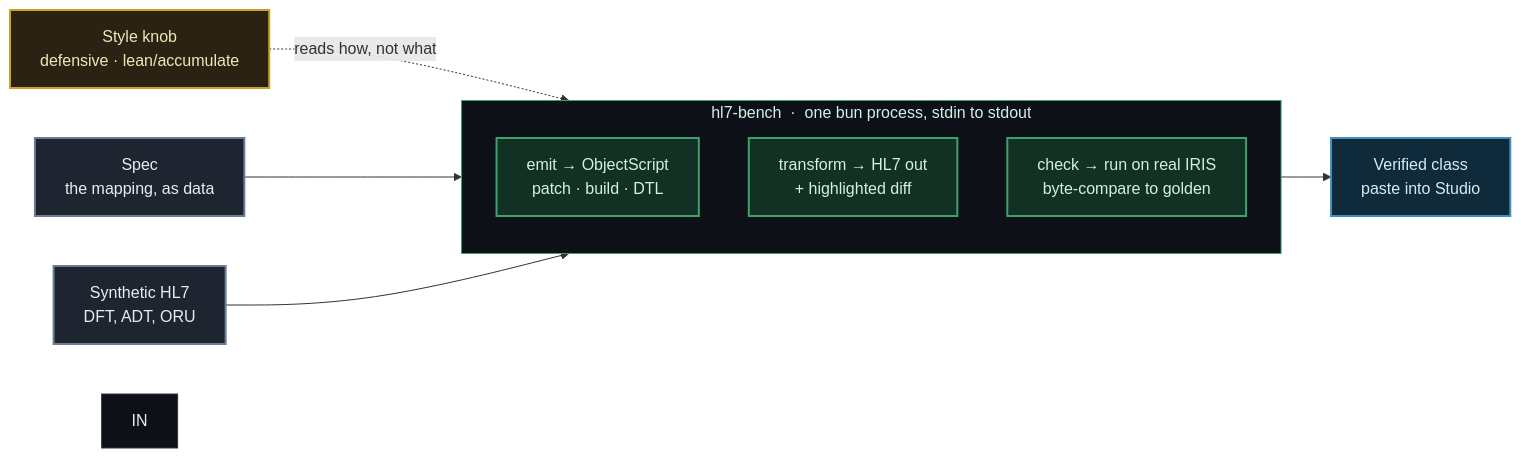
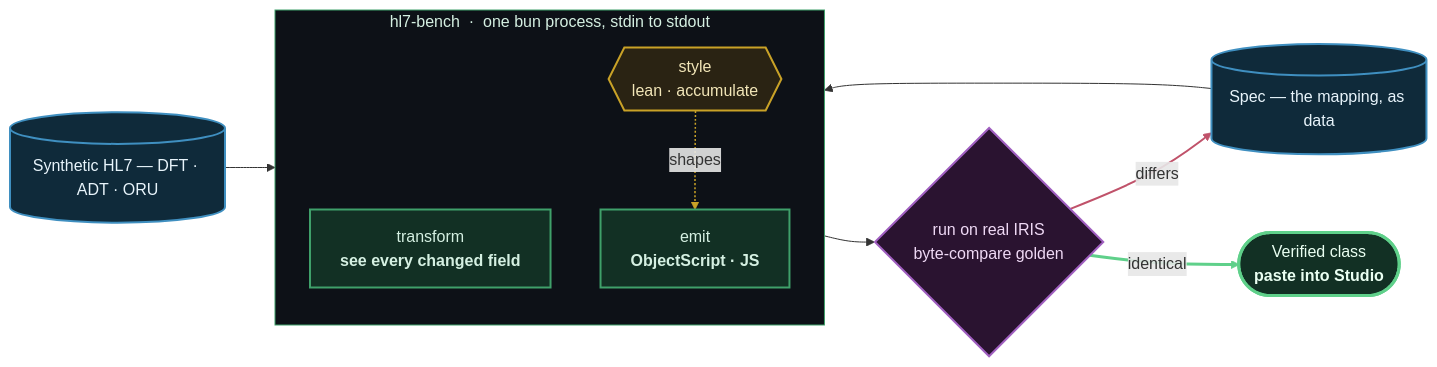
The diagram in README.md (iacsha/hl7-bench), drawn with Mermaid before and after one commit. The commit also changed 1 other file, not shown here.

Commit message:
Redesign the README bench diagram for sense and punch
Flat list to a verify loop: data cylinders in, bench emits/transforms with the style knob, IRIS check sends differs back (red) or identical out (green).

````diff
--- a/README.md
+++ b/README.md
@@ -17,26 +17,35 @@
 ```mermaid
 flowchart LR
-    SPEC["Spec<br/>the mapping, as data"] --> BENCH
-    MSG["Synthetic HL7<br/>DFT, ADT, ORU"] --> BENCH
+    SPEC[("Spec &mdash; the mapping, as data")]
+    MSG[("Synthetic HL7 &mdash; DFT · ADT · ORU")]
 
-    subgraph BENCH["hl7-bench &nbsp;·&nbsp; one bun process, stdin to stdout"]
+    SPEC --> BENCH
+    MSG --> BENCH
+
+    subgraph BENCH["&nbsp;hl7-bench &nbsp;·&nbsp; one bun process, stdin to stdout&nbsp;"]
         direction TB
-        EMIT["emit &rarr; ObjectScript<br/>patch · build · DTL"]
-        XFORM["transform &rarr; HL7 out<br/>+ highlighted diff"]
-        CHECK["check &rarr; run on real IRIS<br/>byte-compare to golden"]
+        T["transform<br/><b>see every changed field</b>"]
+        E["emit<br/><b>ObjectScript · JS</b>"]
+        KNOB{{"style<br/>lean · accumulate"}}
+        KNOB -. shapes .-> E
     end
 
-    STYLE["Style knob<br/>defensive · lean/accumulate"] -.->|reads how, not what| EMIT
-    BENCH --> OUT["Verified class<br/>paste into Studio"]
+    BENCH --> CHECK{"run on real IRIS<br/>byte-compare golden"}
+    CHECK -- "differs" --> SPEC
+    CHECK == "identical" ==> OUT(["Verified class<br/><b>paste into Studio</b>"])
 
-    classDef in fill:#1e2530,stroke:#6b7c93,color:#e6edf5,stroke-width:2px
-    classDef bench fill:#123024,stroke:#3fa06a,color:#d5f0e2,stroke-width:2px
+    classDef io fill:#0f2a3a,stroke:#3f8fc0,color:#e8f4fb,stroke-width:2px
+    classDef work fill:#123024,stroke:#3fa06a,color:#d5f0e2,stroke-width:2px
     classDef knob fill:#2a2313,stroke:#c9a227,color:#f2e6b8,stroke-width:2px
-    classDef out fill:#0f2a3a,stroke:#3f8fc0,color:#d5ecf5,stroke-width:2px
-    class SPEC,MSG in
-    class EMIT,XFORM,CHECK bench
-    class STYLE knob
-    class OUT out
-    style IN fill:#0d1117,stroke:#30363d,color:#e6edf5
+    classDef gate fill:#2a1330,stroke:#a05fc0,color:#efd9f5,stroke-width:2px
+    classDef win fill:#123024,stroke:#5fd08a,color:#eafff2,stroke-width:3px
+    class SPEC,MSG io
+    class T,E work
+    class KNOB knob
+    class CHECK gate
+    class OUT win
     style BENCH fill:#0d1117,stroke:#3fa06a,color:#d5f0e2
+    linkStyle 2 stroke:#c9a227,stroke-width:1.5px
+    linkStyle 4 stroke:#c0526a,stroke-width:2px
+    linkStyle 5 stroke:#5fd08a,stroke-width:3px
 ```
````
